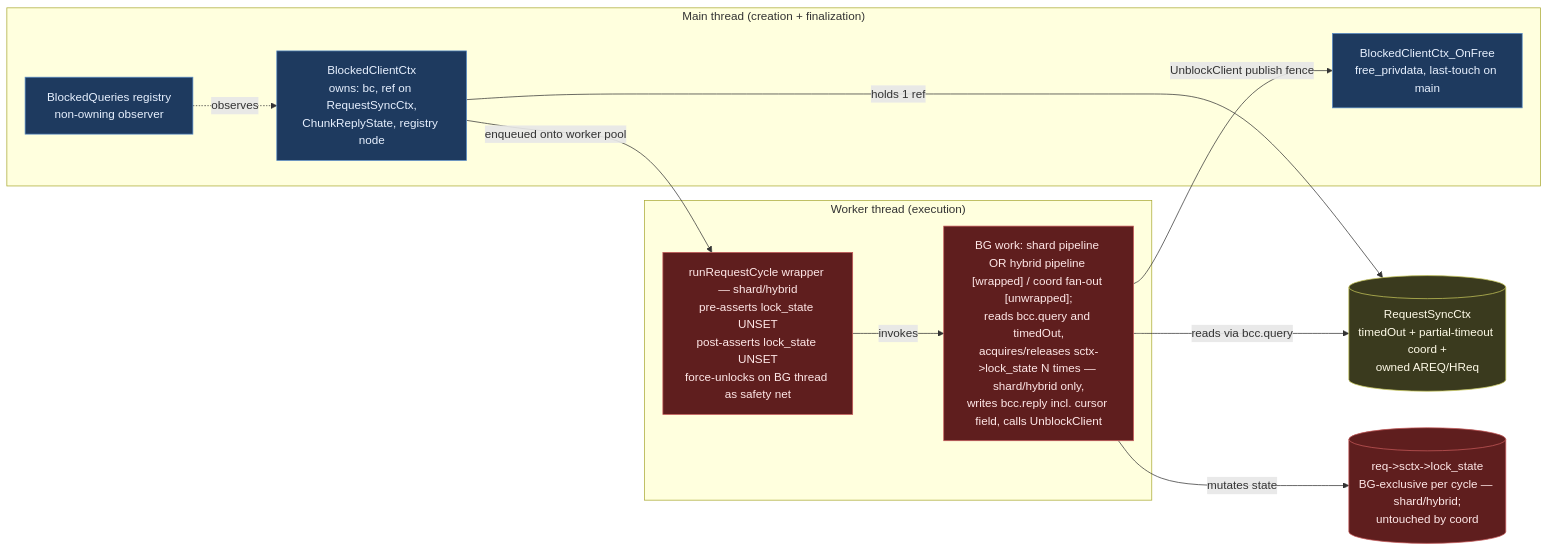
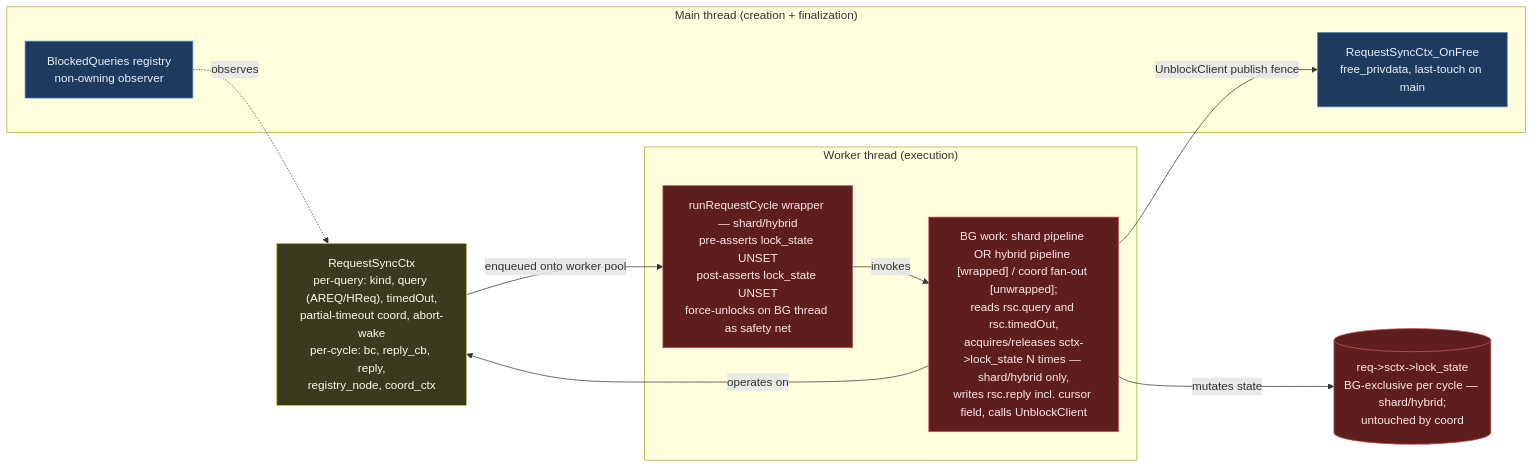
The second of 5 diagrams in docs/design/blocked_client_refactor.md (RediSearch/RediSearch), drawn with Mermaid before and after one commit. The commit also changed other lines of this file and 1 other file, not shown here.

First line of the commit message:
Refactor Blocked Client Struct Relationships Documentation

````diff
--- a/docs/design/blocked_client_refactor.md
+++ b/docs/design/blocked_client_refactor.md
@@ -182,28 +189,26 @@
 ```mermaid
 flowchart LR
   classDef main fill:#1e3a5f,stroke:#5a8dc7,color:#e8f1ff
   classDef bg   fill:#5f1e1e,stroke:#c75a5a,color:#ffe8e8
   classDef shared fill:#3a3a1e,stroke:#c7c75a,color:#fffbe8
 
   subgraph "Main thread (creation + finalization)"
-    BCC[BlockedClientCtx<br/>owns: bc, ref on RequestSyncCtx,<br/>ChunkReplyState, registry node]:::main
     REG[BlockedQueries registry<br/>non-owning observer]:::main
-    OF[BlockedClientCtx_OnFree<br/>free_privdata, last-touch on main]:::main
+    OF[RequestSyncCtx_OnFree<br/>free_privdata, last-touch on main]:::main
   end
 
   subgraph "Worker thread (execution)"
     CYCLE["runRequestCycle wrapper — shard/hybrid<br/>pre-asserts lock_state UNSET<br/>post-asserts lock_state UNSET<br/>force-unlocks on BG thread as safety net"]:::bg
-    EXEC["BG work: shard pipeline OR hybrid pipeline [wrapped] / coord fan-out [unwrapped];<br/>reads bcc.query and timedOut,<br/>acquires/releases sctx->lock_state N times — shard/hybrid only,<br/>writes bcc.reply incl. cursor field, calls UnblockClient"]:::bg
+    EXEC["BG work: shard pipeline OR hybrid pipeline [wrapped] / coord fan-out [unwrapped];<br/>reads rsc.query and rsc.timedOut,<br/>acquires/releases sctx->lock_state N times — shard/hybrid only,<br/>writes rsc.reply incl. cursor field, calls UnblockClient"]:::bg
   end
 
-  RSC[(RequestSyncCtx<br/>timedOut + partial-timeout coord +<br/>owned AREQ/HReq)]:::shared
+  RSC["RequestSyncCtx<br/>per-query: kind, query (AREQ/HReq), timedOut,<br/>partial-timeout coord, abort-wake<br/>per-cycle: bc, reply_cb, reply,<br/>registry_node, coord_ctx"]:::shared
   STATE[("req->sctx->lock_state<br/>BG-exclusive per cycle — shard/hybrid;<br/>untouched by coord")]:::bg
 
-  REG -.observes.-> BCC
-  BCC -->|holds 1 ref| RSC
-  BCC -->|enqueued onto worker pool| CYCLE
+  REG -.observes.-> RSC
+  RSC -->|enqueued onto worker pool| CYCLE
   CYCLE -->|invokes| EXEC
-  EXEC -->|reads via bcc.query| RSC
+  EXEC -->|operates on| RSC
   EXEC -->|mutates state| STATE
   EXEC -->|UnblockClient publish fence| OF
 ```
````
